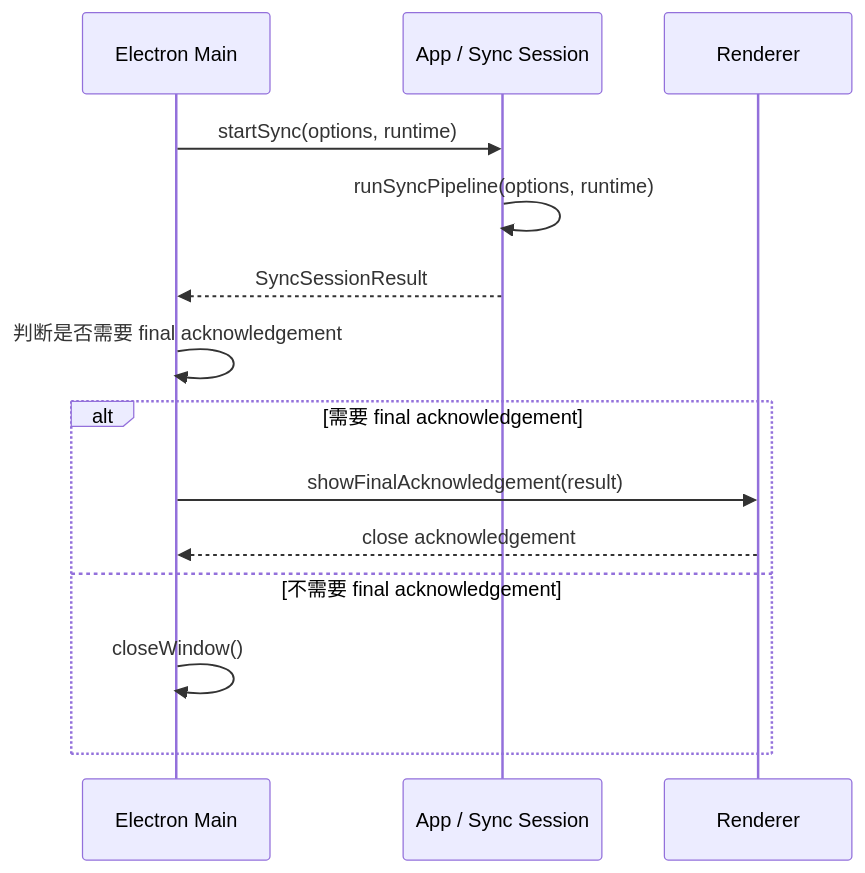
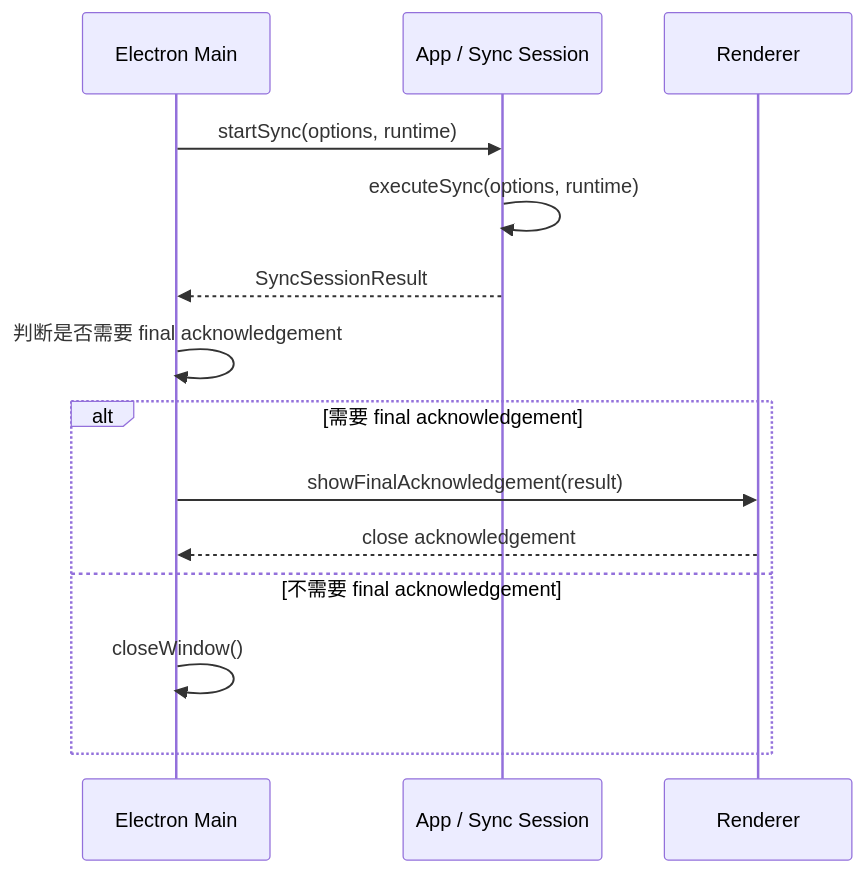
Before and after one commit to agalloch21/sync-with-rclone: the tenth of 15 diagrams in docs/Flows.md, drawn with Mermaid. The commit also changed other lines of this file and 17 other files, not shown here.

````diff
--- a/docs/Flows.md
+++ b/docs/Flows.md
@@ -260,17 +262,17 @@
 ```mermaid
 sequenceDiagram
   participant E as Electron Main
   participant A as App / Sync Session
   participant R as Renderer
 
   E->>A: startSync(options, runtime)
-  A->>A: runSyncPipeline(options, runtime)
+  A->>A: executeSync(options, runtime)
   A-->>E: SyncSessionResult
   E->>E: 判断是否需要 final acknowledgement
   alt 需要 final acknowledgement
     E->>R: showFinalAcknowledgement(result)
     R-->>E: close acknowledgement
   else 不需要 final acknowledgement
     E->>E: closeWindow()
   end
 ```
````
